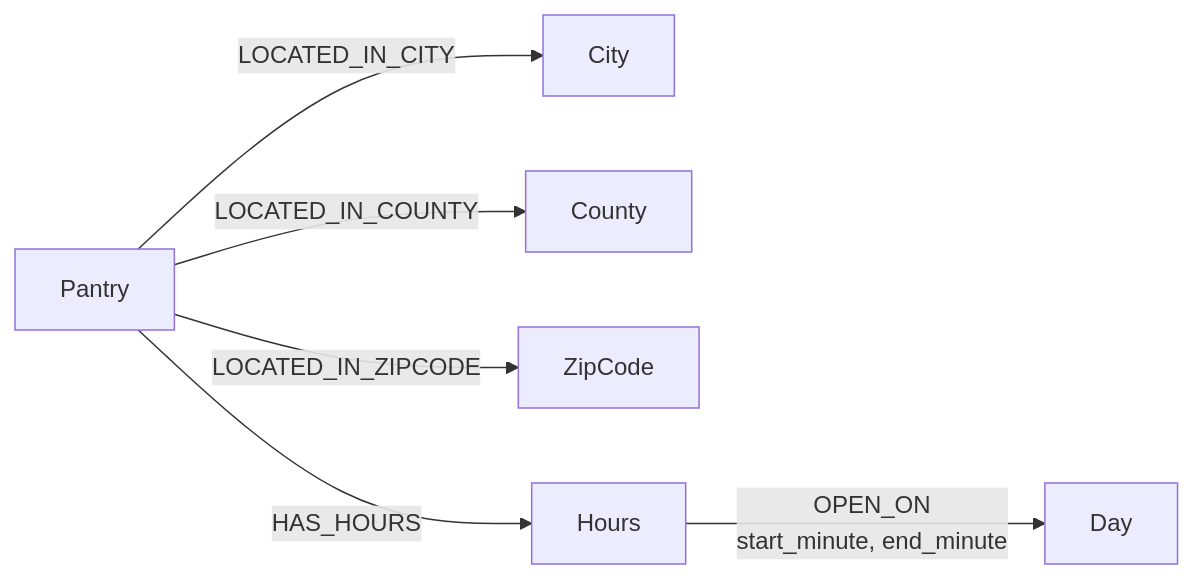
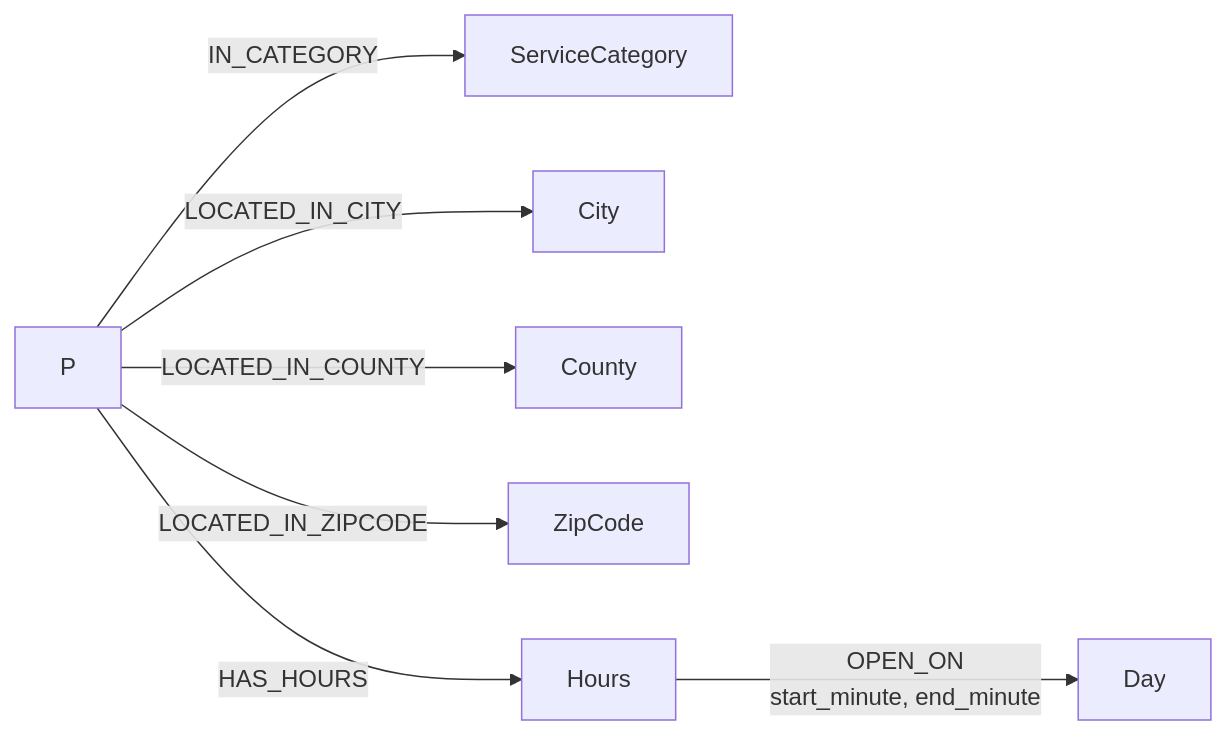
Before and after one commit to touseefhasan/trace-public-service: the diagram in docs/knowledge_graph.md, drawn with Mermaid. The commit also changed other lines of this file and 19 other files, not shown here.

First line of the commit message:
Add category-aware service provider retrieval

````diff
--- a/docs/knowledge_graph.md
+++ b/docs/knowledge_graph.md
@@ -6,8 +6,9 @@
 ```mermaid
 graph LR
-  P["Pantry"] -->|LOCATED_IN_CITY| C["City"]
+  P -->|IN_CATEGORY| SC["ServiceCategory"]
+  P -->|LOCATED_IN_CITY| C["City"]
   P -->|LOCATED_IN_COUNTY| CO["County"]
   P -->|LOCATED_IN_ZIPCODE| Z["ZipCode"]
   P -->|HAS_HOURS| H["Hours"]
   H -->|OPEN_ON<br/>start_minute, end_minute| D["Day"]
 ```
````
